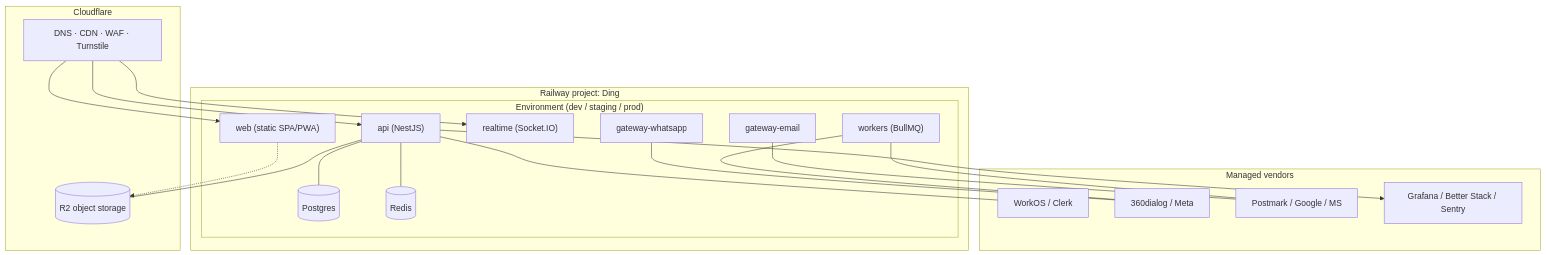
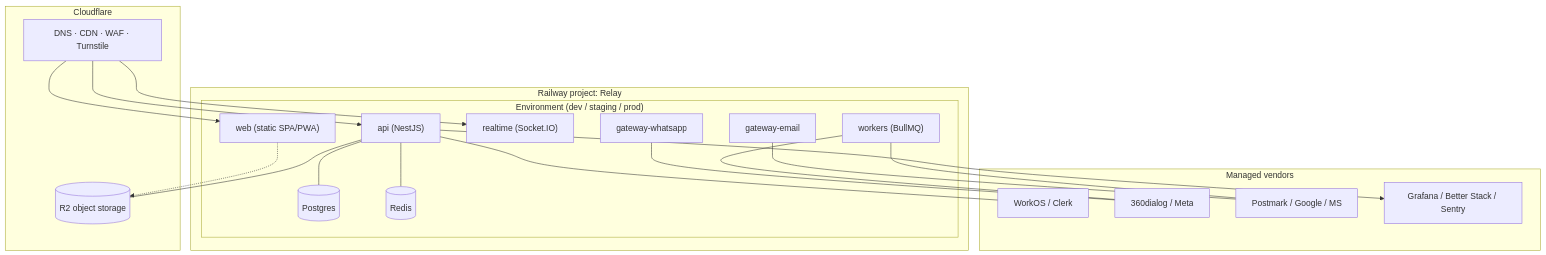
Before and after one commit to Nathan-swiftee/NestConnect: the diagram in docs/07-infra-security-cost.md, drawn with Mermaid. The commit also changed other lines of this file and 14 other files, not shown here.

````diff
--- a/docs/07-infra-security-cost.md
+++ b/docs/07-infra-security-cost.md
@@ -7,38 +7,38 @@
 ```mermaid
 flowchart TB
     subgraph CF["Cloudflare"]
       DNS["DNS · CDN · WAF · Turnstile"]
       R2[("R2 object storage")]
     end
-    subgraph RW["Railway project: Ding"]
+    subgraph RW["Railway project: Relay"]
       subgraph ENV["Environment (dev / staging / prod)"]
         WEB["web (static SPA/PWA)"]
         API["api (NestJS)"]
         RT["realtime (Socket.IO)"]
         GW1["gateway-whatsapp"]
         GW2["gateway-email"]
         WK["workers (BullMQ)"]
         PG[("Postgres")]
         RE[("Redis")]
       end
     end
     subgraph SaaS["Managed vendors"]
       AUTH["WorkOS / Clerk"]
       BSP["360dialog / Meta"]
       MAIL["Postmark / Google / MS"]
       OBS["Grafana / Better Stack / Sentry"]
     end
     DNS --> WEB
     DNS --> API
     DNS --> RT
     WEB -.-> R2
     API --- PG
     API --- RE
     API --- R2
     API --- AUTH
     GW1 --- BSP
     GW2 --- MAIL
     WK --- BSP
     WK --- MAIL
     API --> OBS
 ```
````
